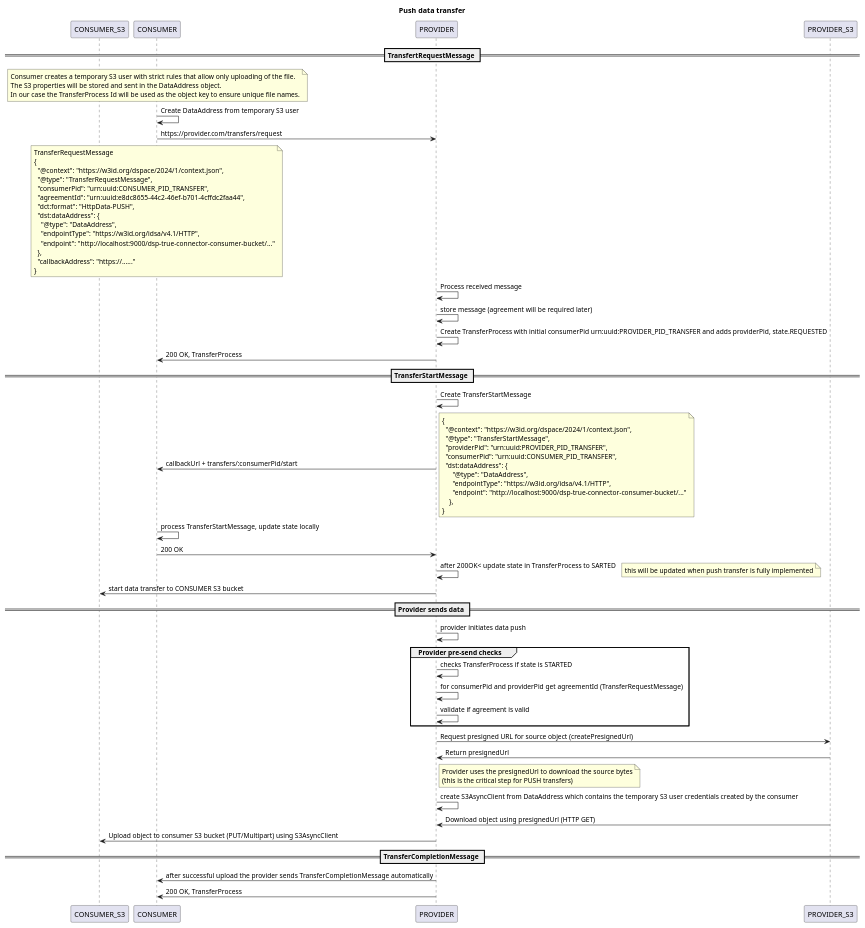
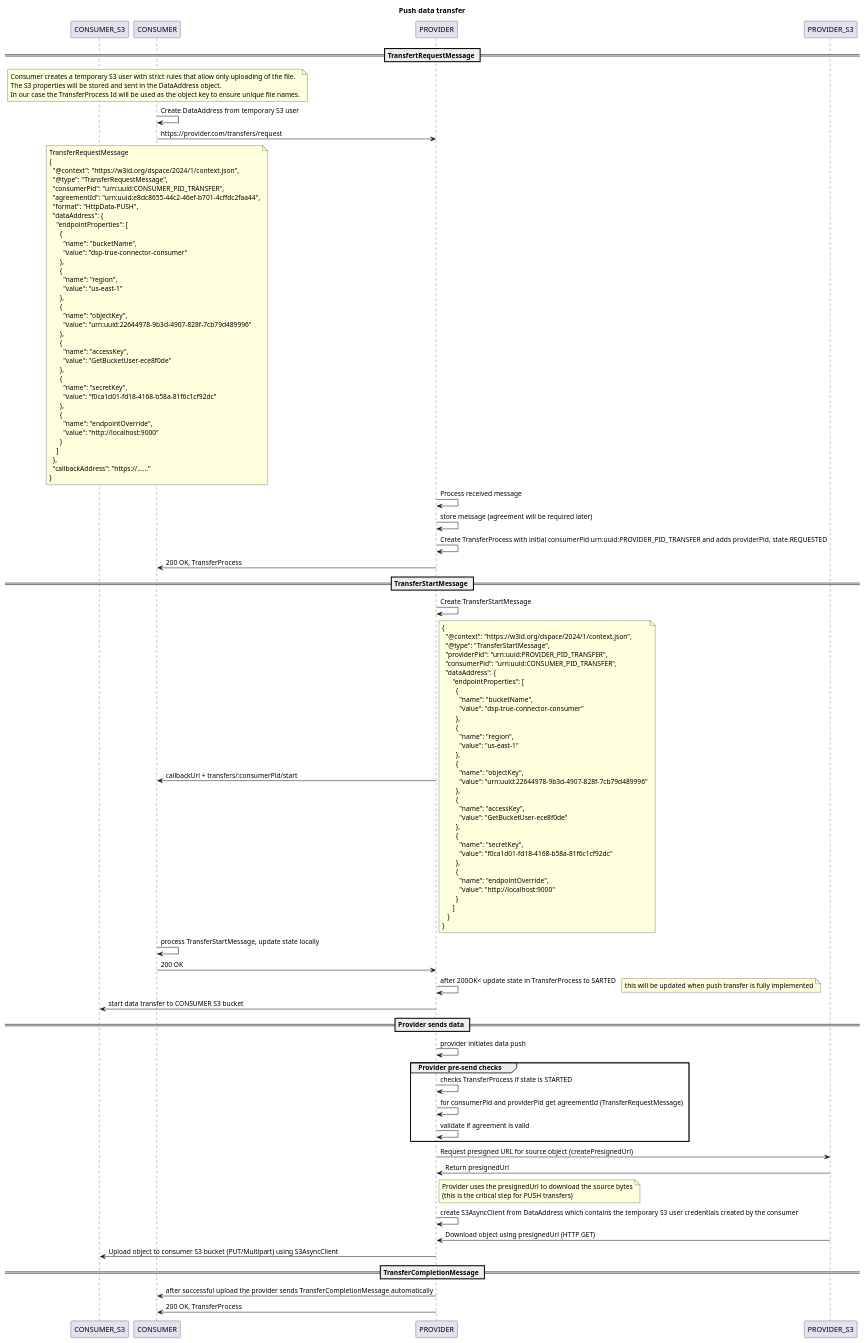
One commit to Engineering-Research-and-Development/dsp-true-connector changed the diagram in data-transfer/doc/diagrams/push_data_transfer.puml. Above: the diagram before and after it, drawn with PlantUML. The commit also changed 31 other files, not shown here.

```diff
--- a/data-transfer/doc/diagrams/push_data_transfer.puml
+++ b/data-transfer/doc/diagrams/push_data_transfer.puml
@@ -1,92 +1,138 @@
 @startuml
 
 TITLE Push data transfer
 
 participant CONSUMER_S3 as cs3
 participant CONSUMER as c
 participant PROVIDER as p
 participant PROVIDER_S3 as ps3
 
 == TransfertRequestMessage ==
 
 note over c
 Consumer creates a temporary S3 user with strict rules that allow only uploading of the file.
 The S3 properties will be stored and sent in the DataAddress object.
 In our case the TransferProcess Id will be used as the object key to ensure unique file names.
 end note
 c->c: Create DataAddress from temporary S3 user
 c->p : https://provider.com/transfers/request
 
 note over c
 TransferRequestMessage
 {
   "@context":  "https://w3id.org/dspace/2024/1/context.json",
   "@type": "TransferRequestMessage",
   "consumerPid": "urn:uuid:CONSUMER_PID_TRANSFER",
   "agreementId": "urn:uuid:e8dc8655-44c2-46ef-b701-4cffdc2faa44",
-  "dct:format": "HttpData-PUSH",
-  "dst:dataAddress": {
-    "@type": "DataAddress",
-    "endpointType": "https://w3id.org/idsa/v4.1/HTTP",
-    "endpoint": "http://localhost:9000/dsp-true-connector-consumer-bucket/..."
+  "format": "HttpData-PUSH",
+  "dataAddress": {
+    "endpointProperties": [
+      {
+        "name": "bucketName",
+        "value": "dsp-true-connector-consumer"
+      },
+      {
+        "name": "region",
+        "value": "us-east-1"
+      },
+      {
+        "name": "objectKey",
+        "value": "urn:uuid:22644978-9b3d-4907-828f-7cb79d489996"
+      },
+      {
+        "name": "accessKey",
+        "value": "GetBucketUser-ece8f0de"
+      },
+      {
+        "name": "secretKey",
+        "value": "f0ca1d01-fd18-4168-b58a-81f6c1cf92dc"
+      },
+      {
+        "name": "endpointOverride",
+        "value": "http://localhost:9000"
+      }
+    ]
   },
   "callbackAddress": "https://......"
 }
 end note
 
 p->p: Process received message
 p->p: store message (agreement will be required later)
 p->p: Create TransferProcess with initial consumerPid urn:uuid:PROVIDER_PID_TRANSFER and adds providerPid, state.REQUESTED
 p->c: 200 OK, TransferProcess
 
 == TransferStartMessage ==
 p->p: Create TransferStartMessage
 
 p->c : callbackUrl + transfers/:consumerPid/start
 note right
 {
   "@context":  "https://w3id.org/dspace/2024/1/context.json",
   "@type": "TransferStartMessage",
   "providerPid": "urn:uuid:PROVIDER_PID_TRANSFER",
   "consumerPid": "urn:uuid:CONSUMER_PID_TRANSFER",
-  "dst:dataAddress": {
-      "@type": "DataAddress",
-      "endpointType": "https://w3id.org/idsa/v4.1/HTTP",
-      "endpoint": "http://localhost:9000/dsp-true-connector-consumer-bucket/..."
-    },
+  "dataAddress": {
+      "endpointProperties": [
+        {
+          "name": "bucketName",
+          "value": "dsp-true-connector-consumer"
+        },
+        {
+          "name": "region",
+          "value": "us-east-1"
+        },
+        {
+          "name": "objectKey",
+          "value": "urn:uuid:22644978-9b3d-4907-828f-7cb79d489996"
+        },
+        {
+          "name": "accessKey",
+          "value": "GetBucketUser-ece8f0de"
+        },
+        {
+          "name": "secretKey",
+          "value": "f0ca1d01-fd18-4168-b58a-81f6c1cf92dc"
+        },
+        {
+          "name": "endpointOverride",
+          "value": "http://localhost:9000"
+        }
+      ]
+   }
 }
 end note
 
 c->c : process TransferStartMessage, update state locally
 c->p : 200 OK
 p->p: after 200OK< update state in TransferProcess to SARTED
 note right
 this will be updated when push transfer is fully implemented
 end note
 p->cs3: start data transfer to CONSUMER S3 bucket
 
 == Provider sends data ==
 
   p->p: provider initiates data push
 group Provider pre-send checks
   p->p: checks TransferProcess if state is STARTED
   p->p: for consumerPid and providerPid get agreementId (TransferRequestMessage)
   p->p: validate if agreement is valid
 end group
 
 p->ps3: Request presigned URL for source object (createPresignedUrl)
 ps3->p: Return presignedUrl
 note right of p
 Provider uses the presignedUrl to download the source bytes
 (this is the critical step for PUSH transfers)
 end note
   p->p: create S3AsyncClient from DataAddress which contains the temporary S3 user credentials created by the consumer
 ps3->p: Download object using presignedUrl (HTTP GET)
 p->cs3: Upload object to consumer S3 bucket (PUT/Multipart) using S3AsyncClient
 
 == TransferCompletionMessage ==
 
 p->c: after successful upload the provider sends TransferCompletionMessage automatically
 p->c: 200 OK, TransferProcess
 
 @enduml
```
